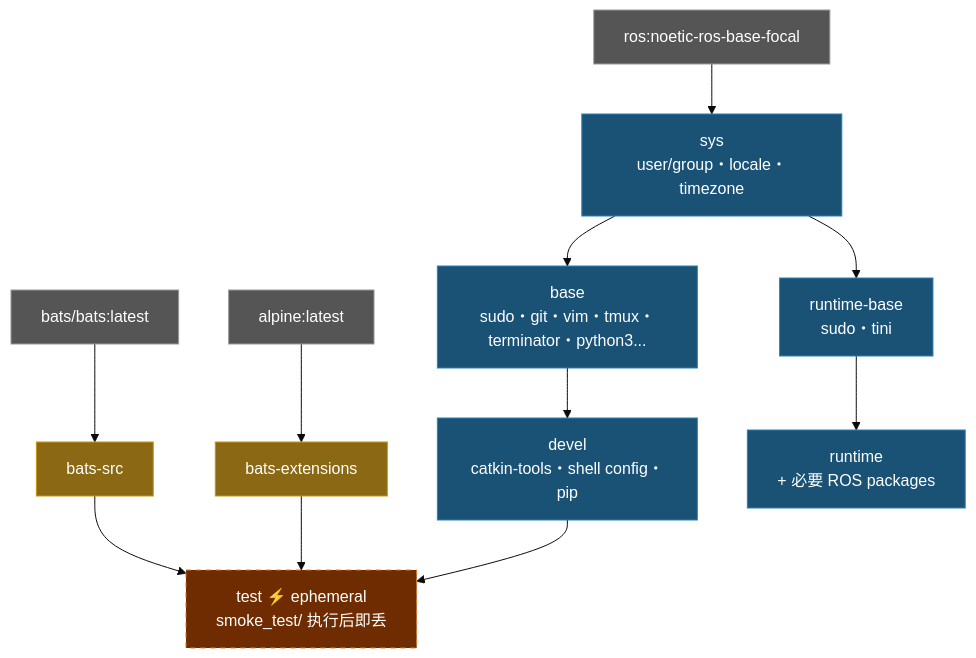
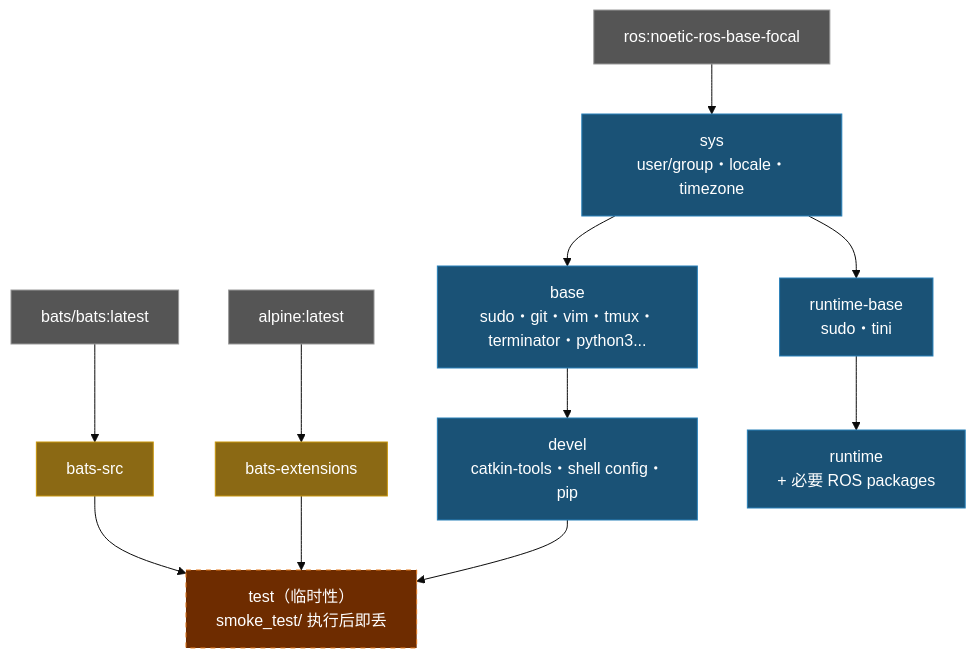
One commit to ycpss91255-docker/ros_noetic changed the diagram in doc/README.zh-CN.md. Above: the diagram before and after it, drawn with Mermaid (base theme). The commit also changed 3 other files, not shown here.

Commit message:
docs: remove ⚡ emoji and translate ephemeral in architecture diagrams

````diff
--- a/doc/README.zh-CN.md
+++ b/doc/README.zh-CN.md
@@ -234,26 +234,26 @@
 ```mermaid
 graph TD
     EXT1["bats/bats:latest"]:::external
     EXT2["alpine:latest"]:::external
     EXT3["ros:noetic-ros-base-focal"]:::external
 
     EXT1 --> bats-src["bats-src"]:::tool
     EXT2 --> bats-ext["bats-extensions"]:::tool
 
     EXT3 --> sys["sys\nuser/group・locale・timezone"]:::stage
 
     sys --> base["base\nsudo・git・vim・tmux・terminator・python3..."]:::stage
     base --> devel["devel\ncatkin-tools・shell config・pip"]:::stage
 
-    bats-src --> test["test  ⚡ ephemeral\nsmoke_test/ 执行后即丢"]:::ephemeral
+    bats-src --> test["test（临时性）\nsmoke_test/ 执行后即丢"]:::ephemeral
     bats-ext --> test
     devel --> test
 
     sys --> runtime-base["runtime-base\nsudo・tini"]:::stage
     runtime-base --> runtime["runtime\n+ 必要 ROS packages"]:::stage
 
     classDef external fill:#555,color:#fff,stroke:#999
     classDef tool fill:#8B6914,color:#fff,stroke:#c8960c
     classDef stage fill:#1a5276,color:#fff,stroke:#2980b9
     classDef ephemeral fill:#6e2c00,color:#fff,stroke:#e67e22,stroke-dasharray:5 5
 ```
````
